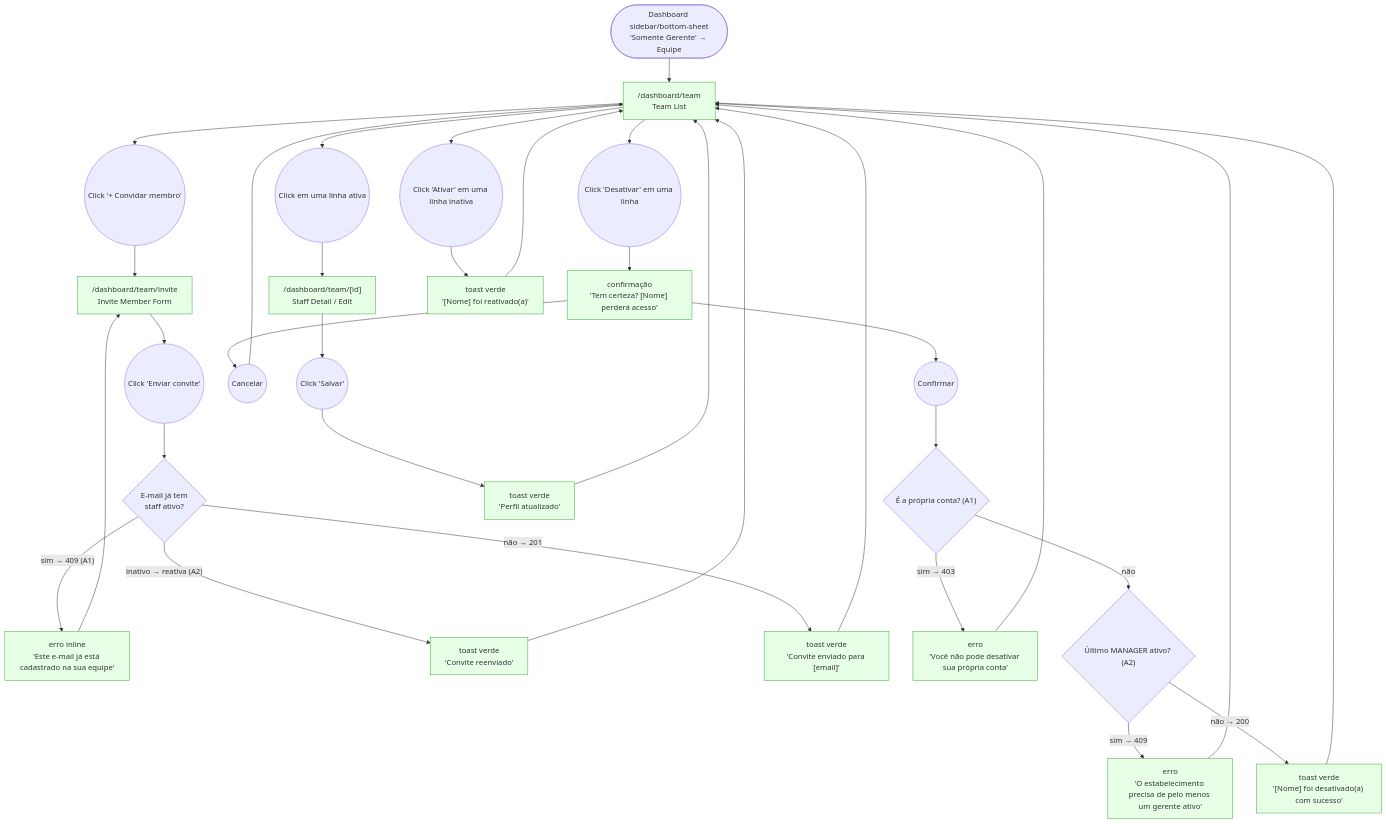
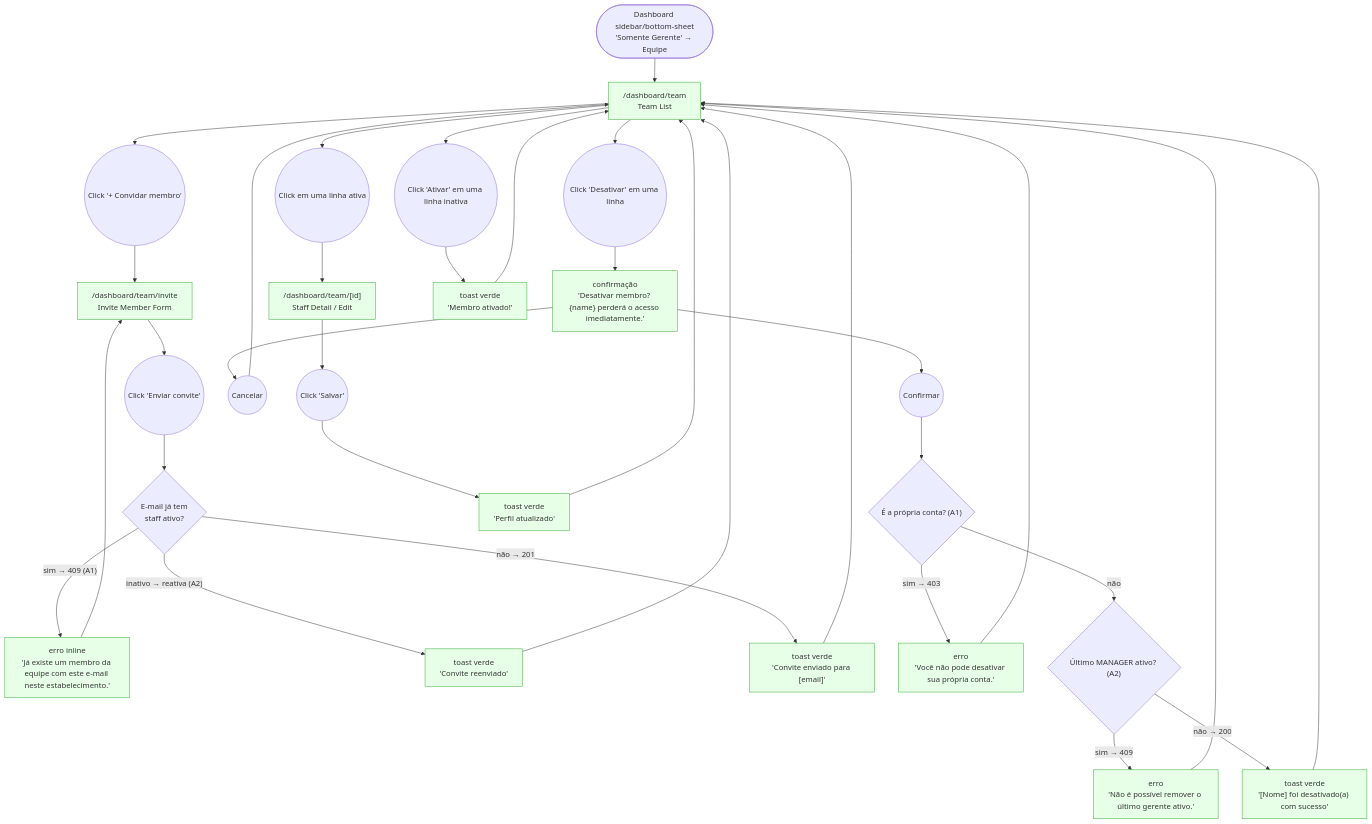
The diagram in journeys/manager/equipe.md (lmmoreira/ikaro), drawn with Mermaid before and after one commit. The commit also changed other lines of this file and 29 other files, not shown here.

````diff
--- a/journeys/manager/equipe.md
+++ b/journeys/manager/equipe.md
@@ -10,49 +10,49 @@
 ```mermaid
 flowchart TD
     classDef existing fill:#e6ffe6,stroke:#3a3
     classDef gap stroke:#f00,stroke-dasharray: 5 5,fill:#fee
 
     Start(["Dashboard sidebar/bottom-sheet<br/>'Somente Gerente' → Equipe"]) --> List["/dashboard/team<br/>Team List"]
 
     List --> InviteBtn(("Click '+ Convidar membro'"))
     List --> DeactivateBtn(("Click 'Desativar' em uma linha"))
 
     %% UC-028 — Invite
     InviteBtn --> InviteForm["/dashboard/team/invite<br/>Invite Member Form"]
     InviteForm --> InviteSubmit(("Click 'Enviar convite'"))
     InviteSubmit --> EmailCheck{"E-mail já tem<br/>staff ativo?"}
-    EmailCheck -- "sim → 409 (A1)" --> EmailError["erro inline<br/>'Este e-mail já está cadastrado na sua equipe'"]
+    EmailCheck -- "sim → 409 (A1)" --> EmailError["erro inline<br/>'Já existe um membro da equipe com este e-mail neste estabelecimento.'"]
     EmailError --> InviteForm
     EmailCheck -- "inativo → reativa (A2)" --> ReactivateSuccess["toast verde<br/>'Convite reenviado'"]
     EmailCheck -- "não → 201" --> InviteSuccess["toast verde<br/>'Convite enviado para [email]'"]
     ReactivateSuccess --> List
     InviteSuccess --> List
 
     %% UC-029 — Deactivate
-    DeactivateBtn --> DeactivateConfirm["confirmação<br/>'Tem certeza? [Nome] perderá acesso'"]
+    DeactivateBtn --> DeactivateConfirm["confirmação<br/>'Desativar membro? {name} perderá o acesso imediatamente.'"]
     DeactivateConfirm --> ConfirmYes(("Confirmar"))
     DeactivateConfirm --> ConfirmNo(("Cancelar"))
     ConfirmNo --> List
     ConfirmYes --> SelfCheck{"É a própria conta? (A1)"}
-    SelfCheck -- "sim → 403" --> SelfError["erro<br/>'Você não pode desativar sua própria conta'"]
+    SelfCheck -- "sim → 403" --> SelfError["erro<br/>'Você não pode desativar sua própria conta.'"]
     SelfCheck -- "não" --> LastManagerCheck{"Último MANAGER ativo? (A2)"}
-    LastManagerCheck -- "sim → 409" --> LastManagerError["erro<br/>'O estabelecimento precisa de pelo menos um gerente ativo'"]
+    LastManagerCheck -- "sim → 409" --> LastManagerError["erro<br/>'Não é possível remover o último gerente ativo.'"]
     LastManagerCheck -- "não → 200" --> DeactivateSuccess["toast verde<br/>'[Nome] foi desativado(a) com sucesso'"]
     SelfError --> List
     LastManagerError --> List
     DeactivateSuccess --> List
 
     %% UC-030 — Edit profile
     List --> RowClick(("Click em uma linha ativa"))
     RowClick --> EditDetail["/dashboard/team/[id]<br/>Staff Detail / Edit"]
     EditDetail --> EditSubmit(("Click 'Salvar'"))
     EditSubmit --> EditSuccess["toast verde<br/>'Perfil atualizado'"]
     EditSuccess --> List
 
     %% UC-031 — Reactivate
     List --> ActivateBtn(("Click 'Ativar' em uma linha inativa"))
-    ActivateBtn --> ActivateSuccess["toast verde<br/>'[Nome] foi reativado(a)'"]
+    ActivateBtn --> ActivateSuccess["toast verde<br/>'Membro ativado!'"]
     ActivateSuccess --> List
 
     class List,InviteForm,EmailError,ReactivateSuccess,InviteSuccess,DeactivateConfirm,SelfError,LastManagerError,DeactivateSuccess,EditDetail,EditSuccess,ActivateSuccess existing
 ```
````
